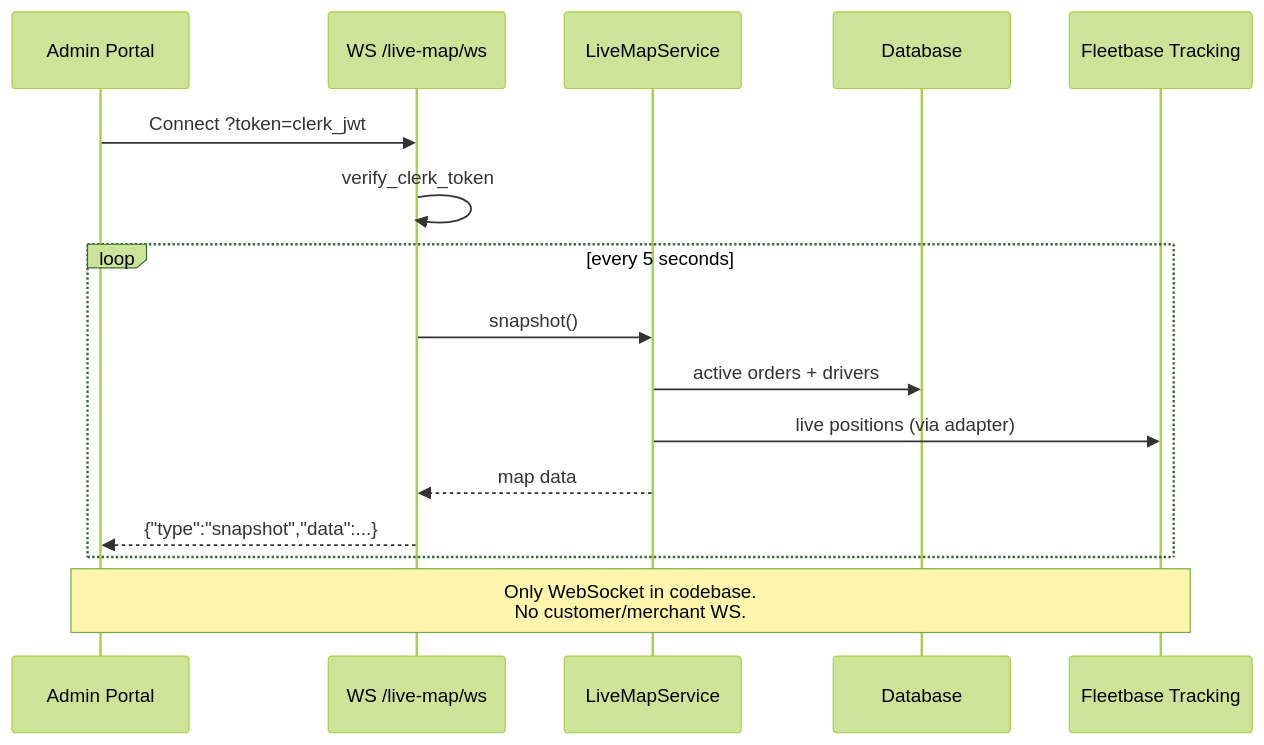
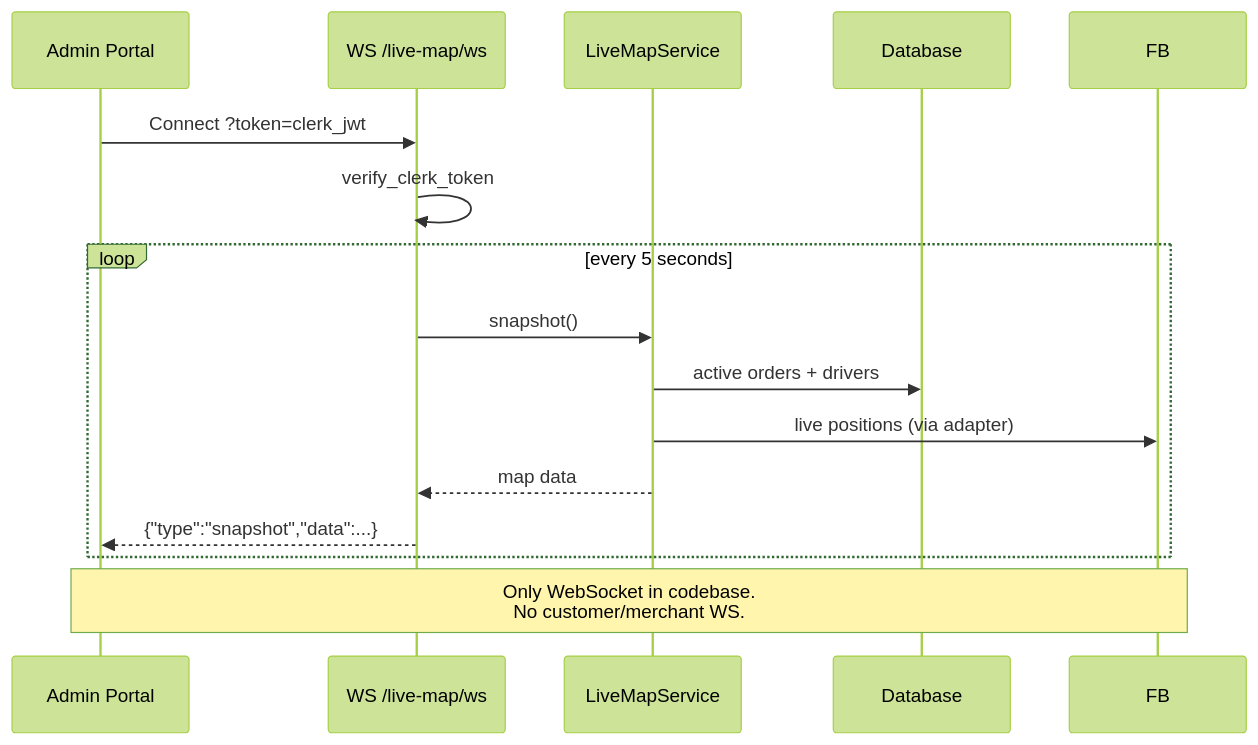
The diagram in docs/architecture/mermaid/realtime_flow.mmd (PORTERCHAIN-INC/PCD), drawn with Mermaid (forest theme) before and after one commit. The commit also changed 38 other files, not shown here.

First line of the commit message:
docs: drop COD/Fleetbase/Stripe Connect references, regenerate graphify report

```diff
--- a/docs/architecture/mermaid/realtime_flow.mmd
+++ b/docs/architecture/mermaid/realtime_flow.mmd
@@ -1,18 +1,17 @@
 sequenceDiagram
   participant Admin as Admin Portal
   participant WS as WS /live-map/ws
   participant LMS as LiveMapService
   participant DB as Database
-  participant FB as Fleetbase Tracking
 
   Admin->>WS: Connect ?token=clerk_jwt
   WS->>WS: verify_clerk_token
   loop every 5 seconds
     WS->>LMS: snapshot()
     LMS->>DB: active orders + drivers
     LMS->>FB: live positions (via adapter)
     LMS-->>WS: map data
     WS-->>Admin: {"type":"snapshot","data":...}
   end
 
   Note over Admin,FB: Only WebSocket in codebase.<br/>No customer/merchant WS.
```
